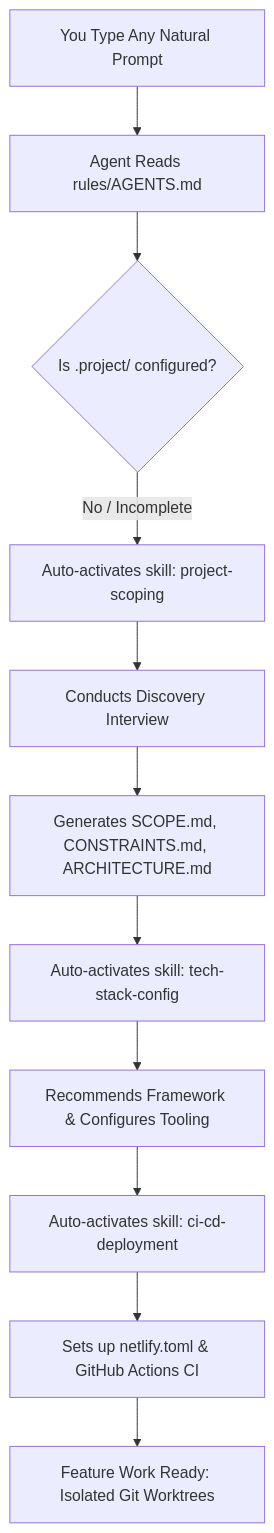
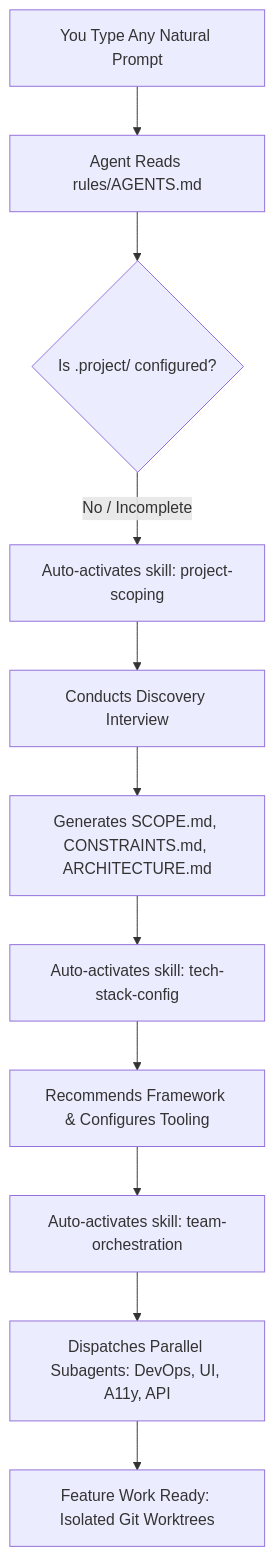
Before and after one commit to swoods-co/gemini-dev-harness: the diagram in README.md, drawn with Mermaid. The commit also changed other lines of this file and 2 other files, not shown here.

Commit message:
feat: add team-orchestration skill and parallel subagent workflow

````diff
--- a/README.md
+++ b/README.md
@@ -114,13 +115,13 @@
 ```mermaid
 flowchart TD
     A[You Type Any Natural Prompt] --> B[Agent Reads rules/AGENTS.md]
     B --> C{Is .project/ configured?}
     C -->|No / Incomplete| D[Auto-activates skill: project-scoping]
     D --> E[Conducts Discovery Interview]
     E --> F[Generates SCOPE.md, CONSTRAINTS.md, ARCHITECTURE.md]
     F --> G[Auto-activates skill: tech-stack-config]
     G --> H[Recommends Framework & Configures Tooling]
-    H --> I[Auto-activates skill: ci-cd-deployment]
-    I --> J[Sets up netlify.toml & GitHub Actions CI]
+    H --> I[Auto-activates skill: team-orchestration]
+    I --> J[Dispatches Parallel Subagents: DevOps, UI, A11y, API]
     J --> K[Feature Work Ready: Isolated Git Worktrees]
 ```
````
